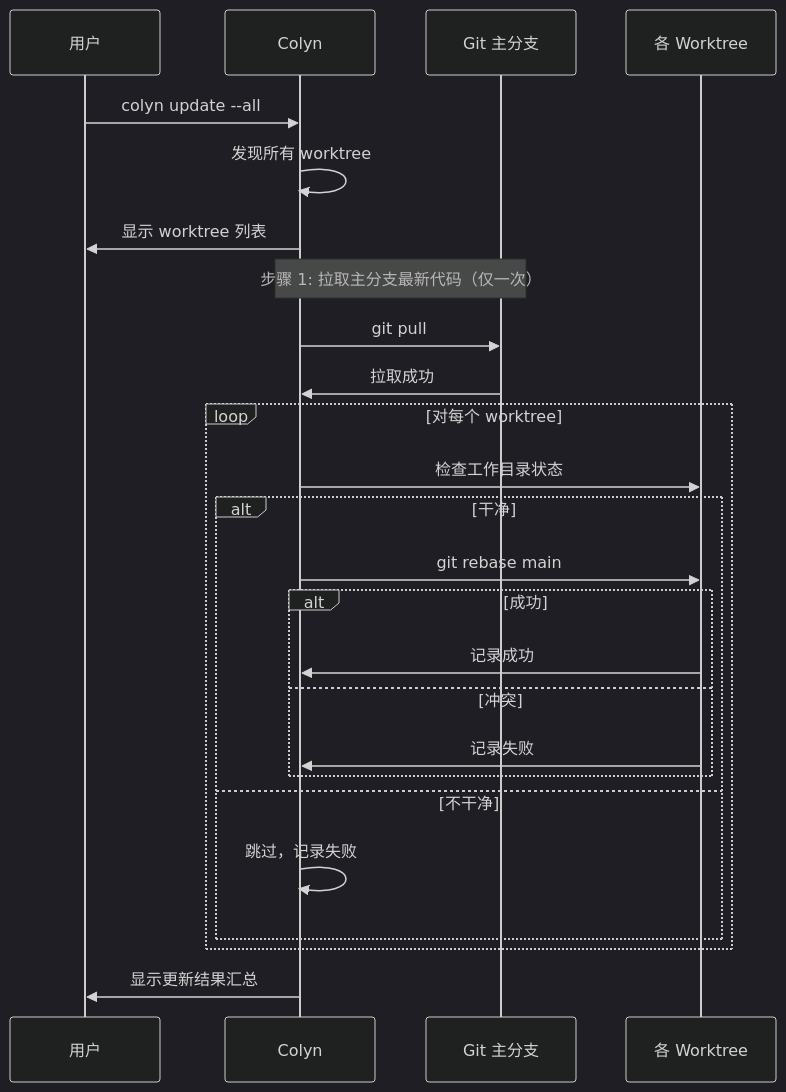
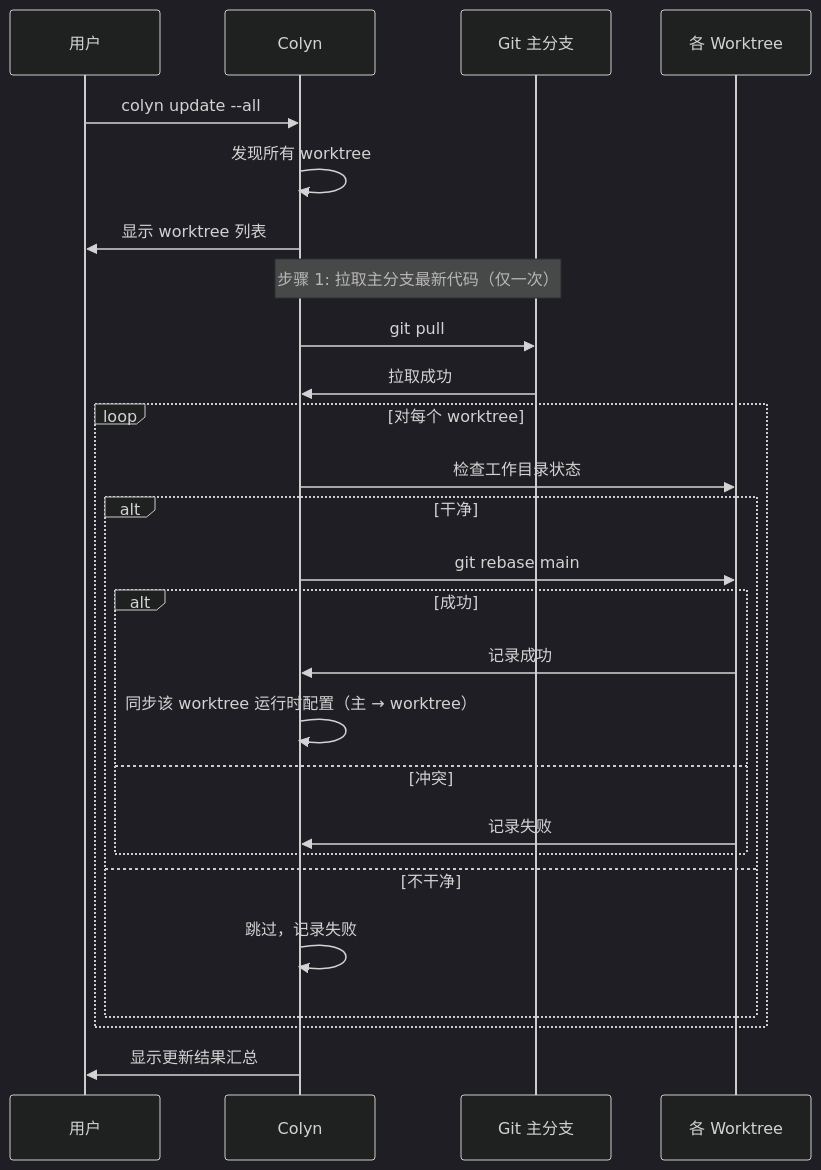
Before and after one commit to colin-han/colyn: the fourth of 4 diagrams in docs/zh-CN/develop/design/commands/design-update-command.md, drawn with Mermaid (dark theme). The commit also changed other lines of this file and 17 other files, not shown here.

````diff
--- a/docs/zh-CN/develop/design/commands/design-update-command.md
+++ b/docs/zh-CN/develop/design/commands/design-update-command.md
@@ -343,32 +346,33 @@
 ```mermaid
 sequenceDiagram
     participant U as 用户
     participant C as Colyn
     participant M as Git 主分支
     participant WT as 各 Worktree
 
     U->>C: colyn update --all
 
     C->>C: 发现所有 worktree
     C->>U: 显示 worktree 列表
 
     Note over C,M: 步骤 1: 拉取主分支最新代码（仅一次）
     C->>M: git pull
     M->>C: 拉取成功
 
     loop 对每个 worktree
         C->>WT: 检查工作目录状态
         alt 干净
             C->>WT: git rebase main
             alt 成功
                 WT->>C: 记录成功
+                C->>C: 同步该 worktree 运行时配置（主 → worktree）
             else 冲突
                 WT->>C: 记录失败
             end
         else 不干净
             C->>C: 跳过，记录失败
         end
     end
 
     C->>U: 显示更新结果汇总
 ```
````
